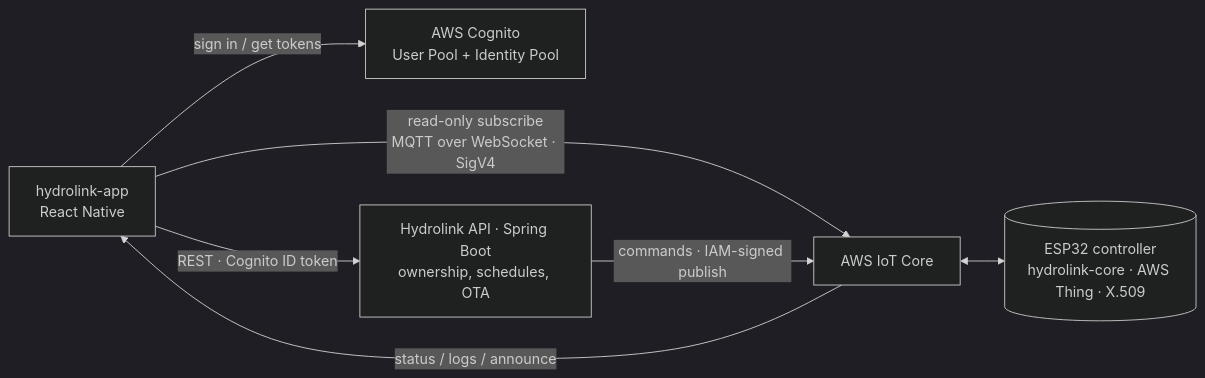
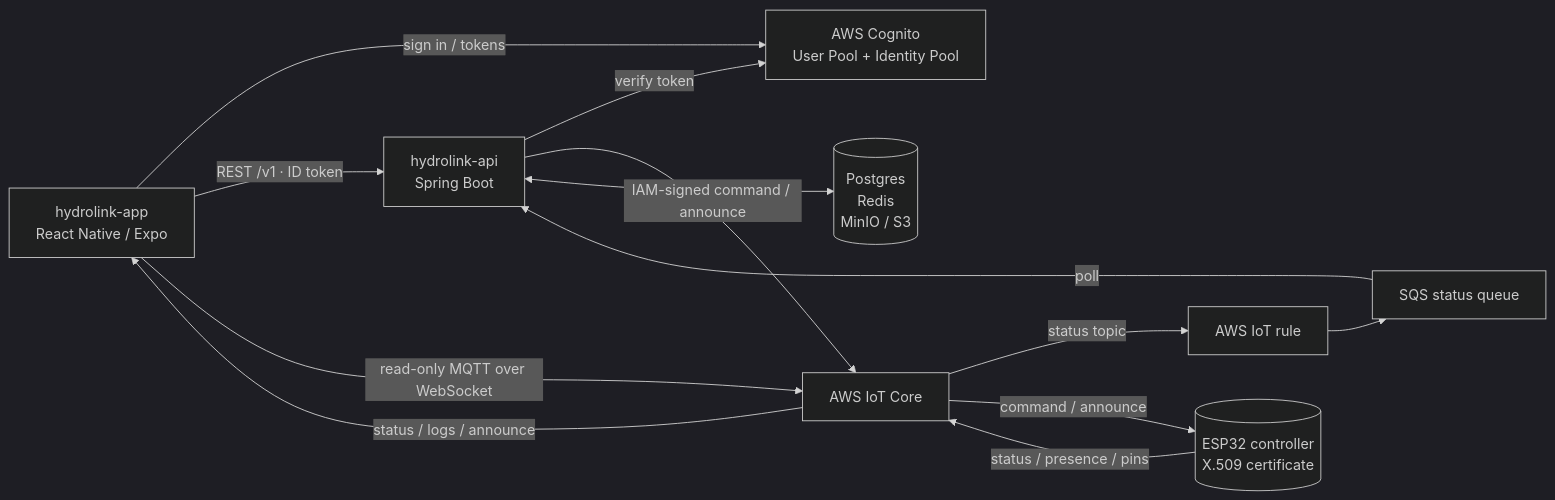
Before and after one commit to ivfrost/hydrolink-app: the first of 2 diagrams in README.md, drawn with Mermaid (dark theme). The commit also changed other lines of this file and 3 other files, not shown here.

````diff
--- a/README.md
+++ b/README.md
@@ -46,15 +59,24 @@
 ```mermaid
 flowchart LR
-    APP["hydrolink-app<br/>React Native"]
+    APP["hydrolink-app<br/>React Native / Expo"]
     COG["AWS Cognito<br/>User Pool + Identity Pool"]
-    API["Hydrolink API · Spring Boot<br/>ownership, schedules, OTA"]
+    API["hydrolink-api<br/>Spring Boot"]
     IOT["AWS IoT Core"]
-    DEV[("ESP32 controller<br/>hydrolink-core · AWS Thing · X.509")]
+    RULE["AWS IoT rule"]
+    SQS["SQS status queue"]
+    DATA[("Postgres<br/>Redis<br/>MinIO / S3")]
+    DEV[("ESP32 controller<br/>X.509 certificate")]
 
-    APP -- "sign in / get tokens" --> COG
-    APP -- "REST · Cognito ID token" --> API
-    APP -- "read-only subscribe<br/>MQTT over WebSocket · SigV4" --> IOT
-    API -- "commands · IAM-signed publish" --> IOT
+    APP -- "sign in / tokens" --> COG
+    APP -- "REST /v1 · ID token" --> API
+    APP -- "read-only MQTT over WebSocket" --> IOT
+    API -- "verify token" --> COG
+    API -- "IAM-signed command / announce" --> IOT
     IOT -- "status / logs / announce" --> APP
-    IOT <--> DEV
+    DEV -- "status / presence / pins" --> IOT
+    IOT -- "status topic" --> RULE
+    RULE --> SQS
+    SQS -- "poll" --> API
+    API <--> DATA
+    IOT -- "command / announce" --> DEV
 ```
````
